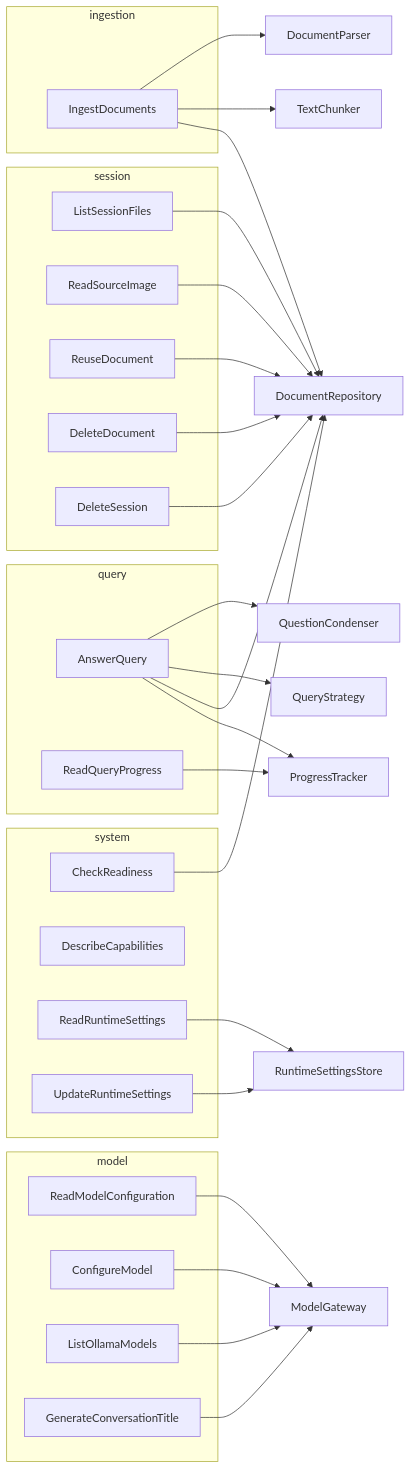
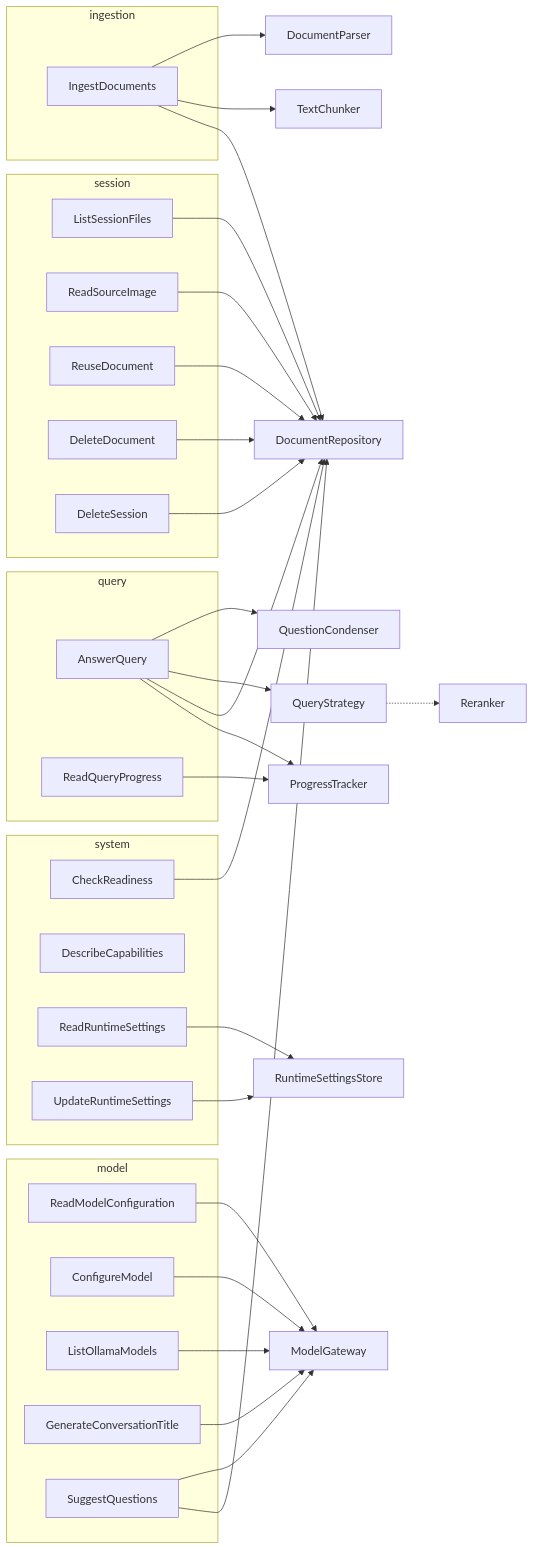
One commit to Pooria82/ParsRAG changed the diagram in docs/architecture/use-cases.md. Above: the diagram before and after it, drawn with Mermaid. The commit also changed other lines of this file and 9 other files, not shown here.

````diff
--- a/docs/architecture/use-cases.md
+++ b/docs/architecture/use-cases.md
@@ -10,36 +10,39 @@
 ```mermaid
 flowchart LR
     subgraph ingestion
         ID[IngestDocuments]
     end
     subgraph query
         AQ[AnswerQuery]
         RQP[ReadQueryProgress]
     end
     subgraph session
         LSF[ListSessionFiles]
         RSI[ReadSourceImage]
         RD[ReuseDocument]
         DD[DeleteDocument]
         DS[DeleteSession]
     end
     subgraph model
         RMC[ReadModelConfiguration]
         CM[ConfigureModel]
         LOM[ListOllamaModels]
         GCT[GenerateConversationTitle]
+        SQ[SuggestQuestions]
     end
     subgraph system
         CR[CheckReadiness]
         DC[DescribeCapabilities]
         RRS[ReadRuntimeSettings]
         URS[UpdateRuntimeSettings]
     end
     ID --> DocumentParser & TextChunker & DocumentRepository
     AQ --> QuestionCondenser & QueryStrategy & DocumentRepository & ProgressTracker
     RQP --> ProgressTracker
     LSF & RSI & RD & DD & DS --> DocumentRepository
     RRS & URS --> RuntimeSettingsStore
-    RMC & CM & LOM & GCT --> ModelGateway
+    RMC & CM & LOM & GCT & SQ --> ModelGateway
+    SQ --> DocumentRepository
+    QueryStrategy -.-> Reranker
     CR --> DocumentRepository
 ```
````
